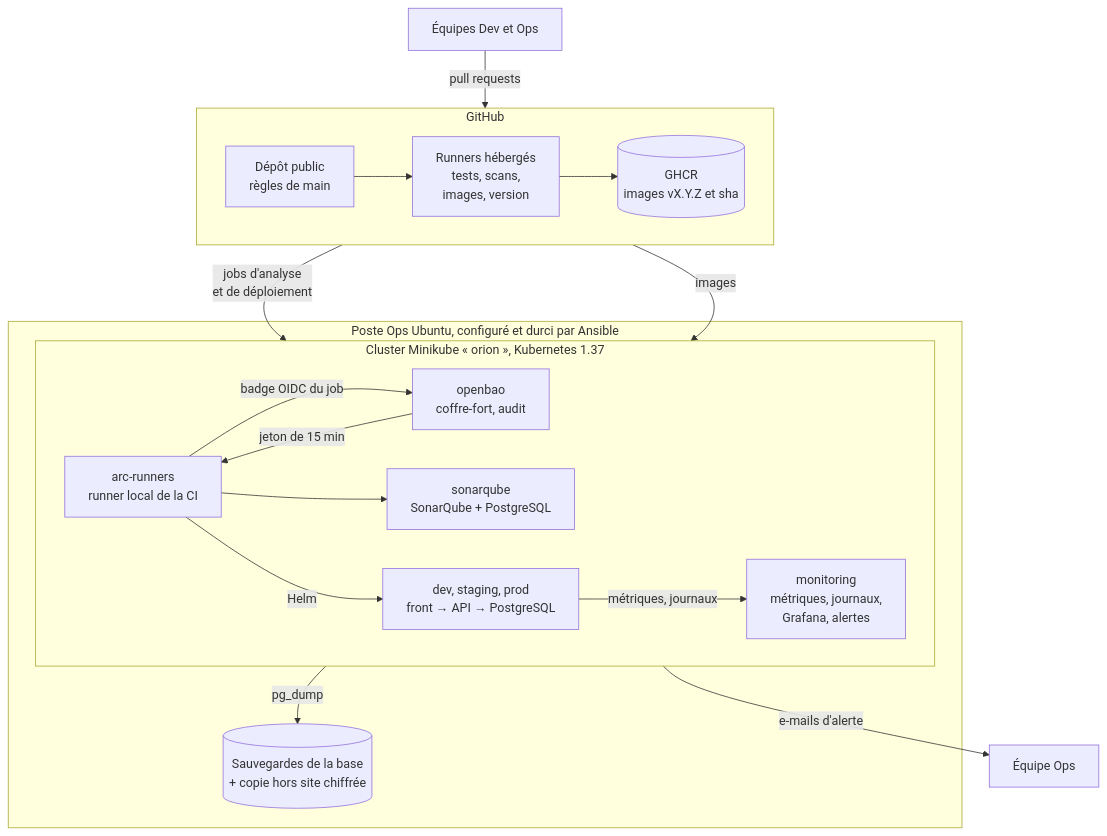
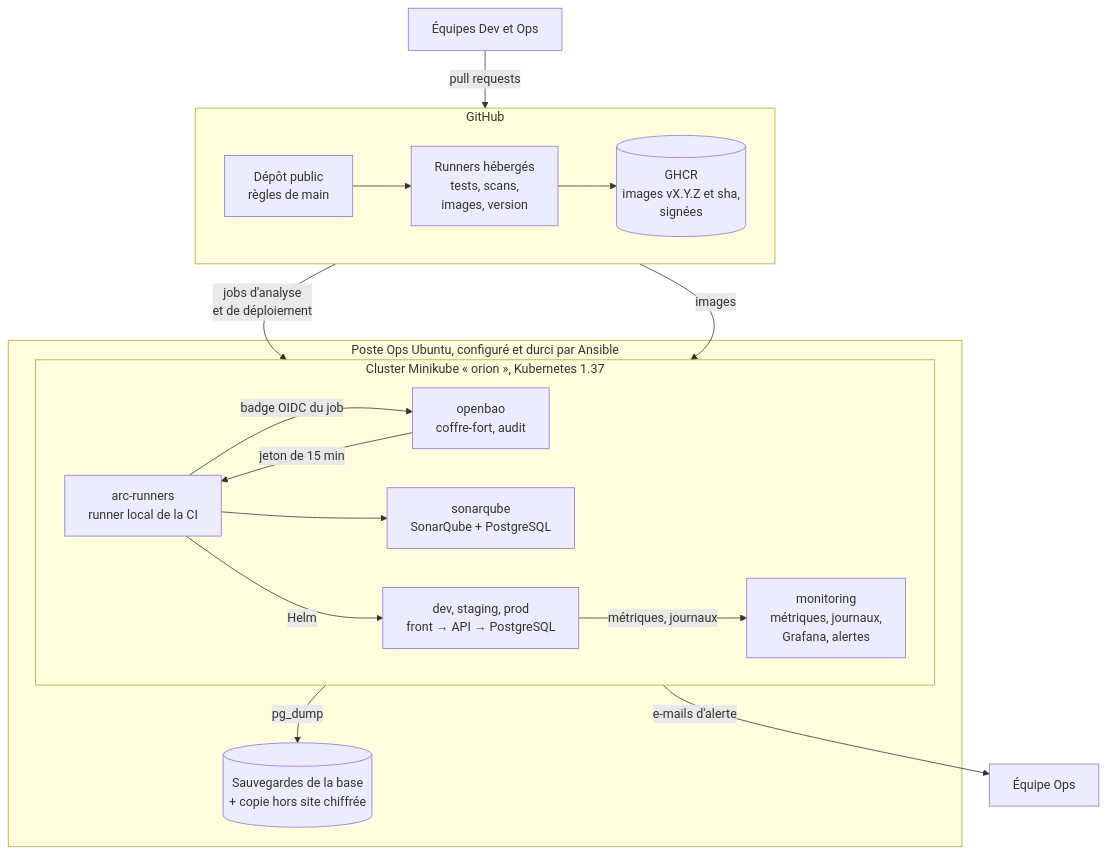
One commit to yohanbouchet/orion changed the second of 5 diagrams in docs/03-documentation-ci-cd.md. Above: the diagram before and after it, drawn with Mermaid. The commit also changed other lines of this file and 5 other files, not shown here.

````diff
--- a/docs/03-documentation-ci-cd.md
+++ b/docs/03-documentation-ci-cd.md
@@ -340,28 +340,28 @@
 ```mermaid
 flowchart TB
     devs["Équipes Dev et Ops"] -->|"pull requests"| repo
     subgraph gh["GitHub"]
         direction LR
-        repo["Dépôt public<br/>règles de main"] --> hosted["Runners hébergés<br/>tests, scans,<br/>images, version"] --> ghcr[("GHCR<br/>images vX.Y.Z et sha")]
+        repo["Dépôt public<br/>règles de main"] --> hosted["Runners hébergés<br/>tests, scans,<br/>images, version"] --> ghcr[("GHCR<br/>images vX.Y.Z et sha,<br/>signées")]
     end
     subgraph host["Poste Ops Ubuntu, configuré et durci par Ansible"]
         subgraph mk["Cluster Minikube « orion », Kubernetes 1.37"]
             direction LR
             arc["arc-runners<br/>runner local de la CI"]
             bao["openbao<br/>coffre-fort, audit"]
             sq["sonarqube<br/>SonarQube + PostgreSQL"]
             envs["dev, staging, prod<br/>front → API → PostgreSQL"]
             mon["monitoring<br/>métriques, journaux,<br/>Grafana, alertes"]
         end
         bk[("Sauvegardes de la base<br/>+ copie hors site chiffrée")]
     end
     repo -->|"jobs d'analyse<br/>et de déploiement"| arc
     arc -->|"badge OIDC du job"| bao
     bao -->|"jeton de 15 min"| arc
     arc --> sq
     arc -->|"Helm"| envs
     ghcr -->|"images"| envs
     envs -->|"métriques, journaux"| mon
     envs -->|"pg_dump"| bk
     mon -->|"e-mails d'alerte"| ops["Équipe Ops"]
 ```
````
